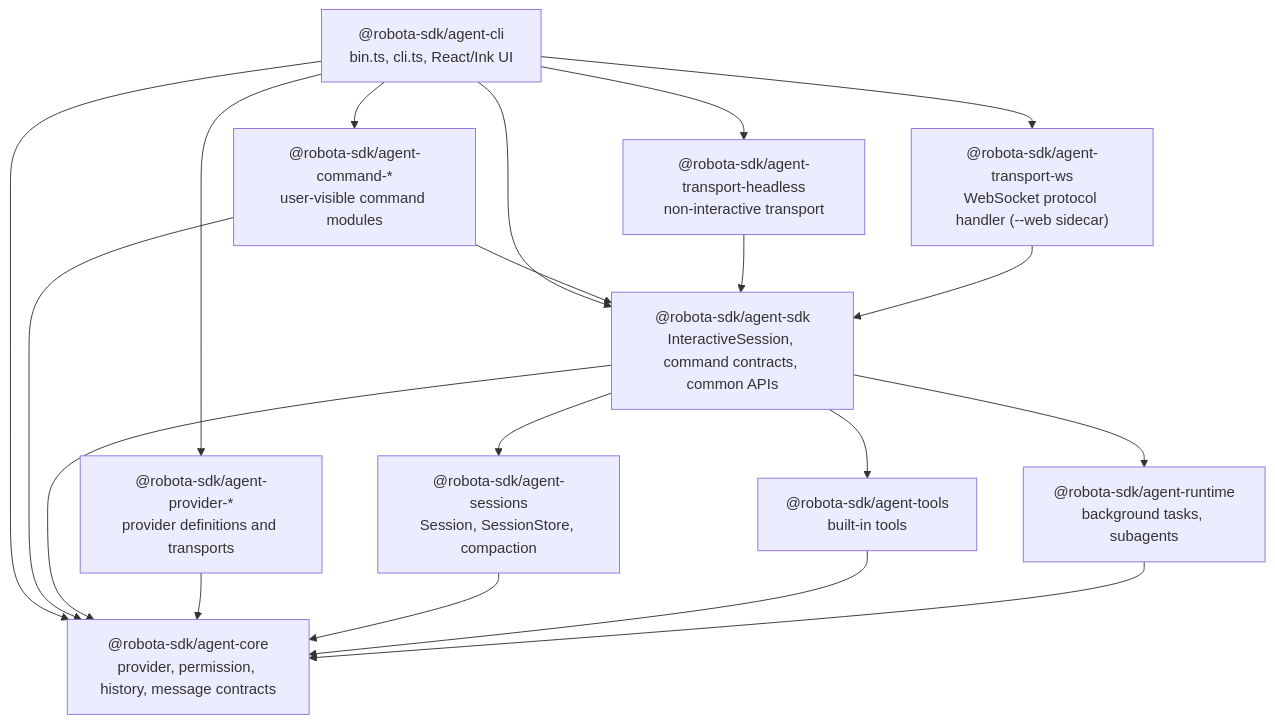
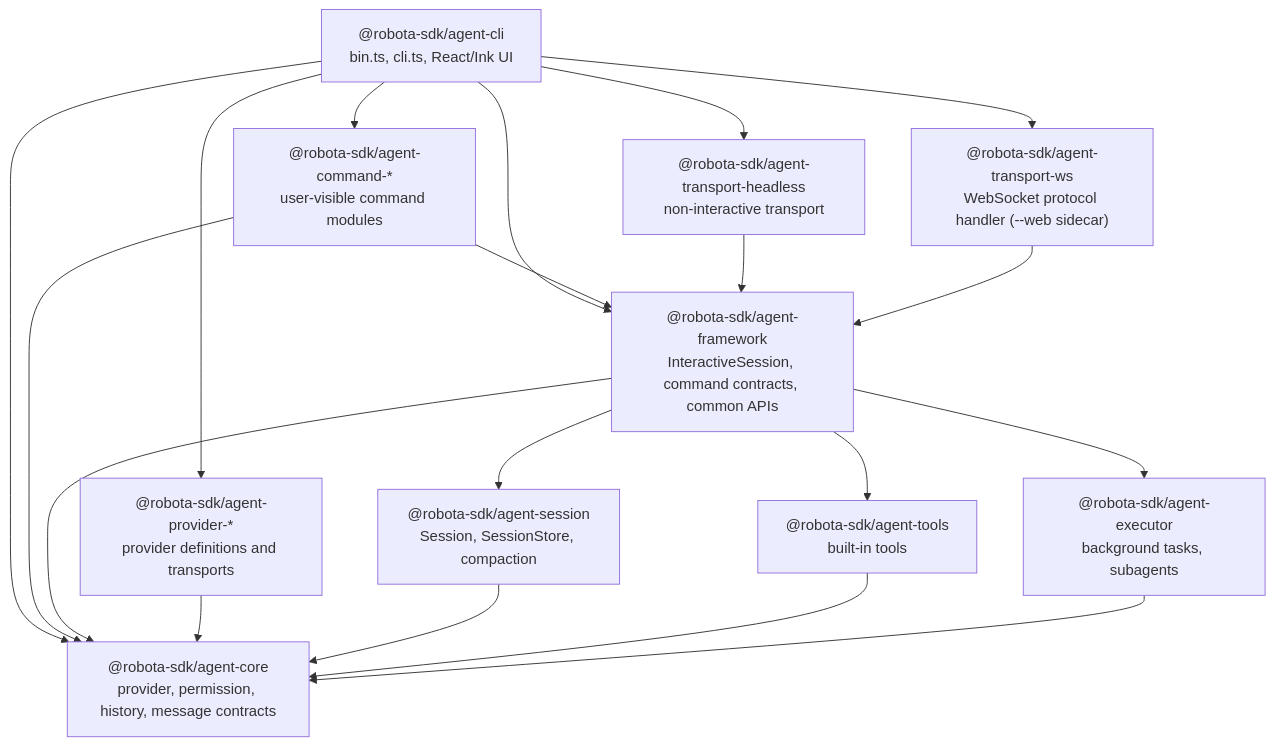
The diagram in .agents/specs/architecture-map/agent-cli/target-architecture.md (woojubb/robota), drawn with Mermaid before and after one commit. The commit also changed 870 other files, not shown here.

````diff
--- a/.agents/specs/architecture-map/agent-cli/target-architecture.md
+++ b/.agents/specs/architecture-map/agent-cli/target-architecture.md
@@ -69,35 +69,35 @@
 ```mermaid
 flowchart TD
   CLI["@robota-sdk/agent-cli\nbin.ts, cli.ts, React/Ink UI"]
-  SDK["@robota-sdk/agent-sdk\nInteractiveSession, command contracts, common APIs"]
+  SDK["@robota-sdk/agent-framework\nInteractiveSession, command contracts, common APIs"]
   Commands["@robota-sdk/agent-command-*\nuser-visible command modules"]
   Core["@robota-sdk/agent-core\nprovider, permission, history, message contracts"]
-  Sessions["@robota-sdk/agent-sessions\nSession, SessionStore, compaction"]
+  Sessions["@robota-sdk/agent-session\nSession, SessionStore, compaction"]
   Tools["@robota-sdk/agent-tools\nbuilt-in tools"]
-  Runtime["@robota-sdk/agent-runtime\nbackground tasks, subagents"]
+  Runtime["@robota-sdk/agent-executor\nbackground tasks, subagents"]
   Providers["@robota-sdk/agent-provider-*\nprovider definitions and transports"]
   Headless["@robota-sdk/agent-transport-headless\nnon-interactive transport"]
   WsTransport["@robota-sdk/agent-transport-ws\nWebSocket protocol handler (--web sidecar)"]
 
   CLI --> SDK
   CLI --> Commands
   CLI --> Providers
   CLI --> Core
   CLI --> Headless
   CLI --> WsTransport
 
   Commands --> SDK
   Commands --> Core
 
   SDK --> Sessions
   SDK --> Tools
   SDK --> Runtime
   SDK --> Core
 
   Providers --> Core
   Sessions --> Core
   Tools --> Core
   Runtime --> Core
   Headless --> SDK
   WsTransport --> SDK
 ```
````
